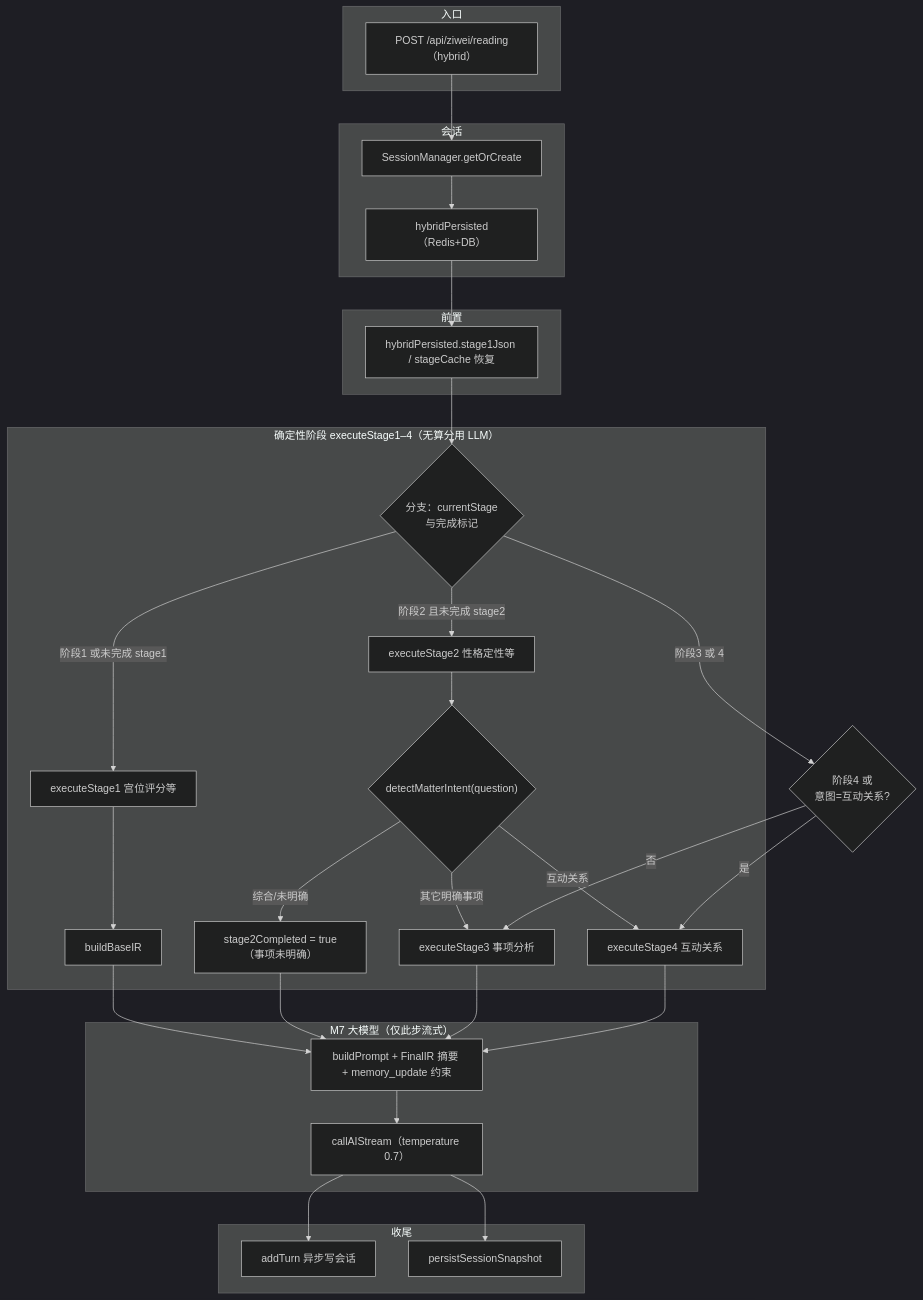
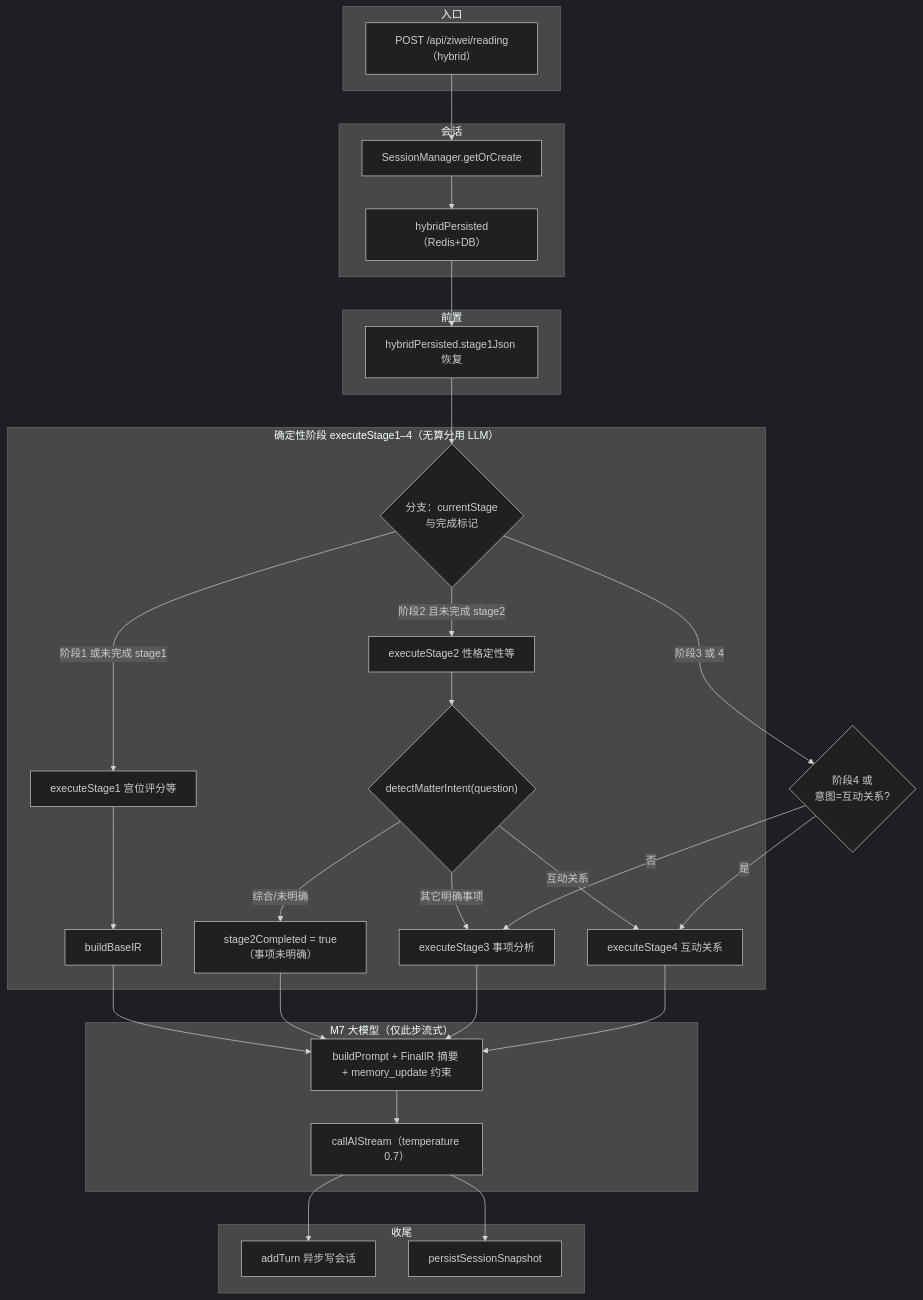
One commit to tomcatmartion/navicauseffect changed the first of 2 diagrams in IMPLEMENTATION_FLOW.md. Above: the diagram before and after it, drawn with Mermaid (dark theme). The commit also changed other lines of this file and 105 other files, not shown here.

````diff
--- a/IMPLEMENTATION_FLOW.md
+++ b/IMPLEMENTATION_FLOW.md
@@ -43,58 +42,58 @@
 ```mermaid
 flowchart TB
   subgraph ENTRY["入口"]
     A["POST /api/ziwei/reading（hybrid）"]
   end
 
   subgraph SESS["会话"]
     B["SessionManager.getOrCreate"]
     H["hybridPersisted（Redis+DB）"]
   end
 
   subgraph PRE["前置"]
-    E["hybridPersisted.stage1Json / stageCache 恢复"]
+    E["hybridPersisted.stage1Json 恢复"]
   end
 
   subgraph STAGES["确定性阶段 executeStage1–4（无算分用 LLM）"]
     F{"分支：currentStage<br/>与完成标记"}
     S1["executeStage1 宫位评分等"]
     CB["buildBaseIR"]
     S2["executeStage2 性格定性等"]
     R2{"detectMatterIntent(question)"}
     S3["executeStage3 事项分析"]
     S4["executeStage4 互动关系"]
     M2["stage2Completed = true（事项未明确）"]
   end
 
   subgraph LLM["M7 大模型（仅此步流式）"]
     P["buildPrompt + FinalIR 摘要 + memory_update 约束"]
     L["callAIStream（temperature 0.7）"]
   end
 
   subgraph AFTER["收尾"]
     T["addTurn 异步写会话"]
     PS["persistSessionSnapshot"]
   end
 
   A --> B --> H --> E --> F
 
   F -->|"阶段1 或未完成 stage1"| S1
   S1 --> CB
   CB --> P
 
   F -->|"阶段2 且未完成 stage2"| S2
   S2 --> R2
   R2 -->|"互动关系"| S4
   R2 -->|"其它明确事项"| S3
   R2 -->|"综合/未明确"| M2
   M2 --> P
   S3 --> P
   S4 --> P
 
   F -->|"阶段3 或 4"| BR{"阶段4 或<br/>意图=互动关系?"}
   BR -->|是| S4
   BR -->|否| S3
 
   P --> L --> T
   L --> PS
 ```
````
